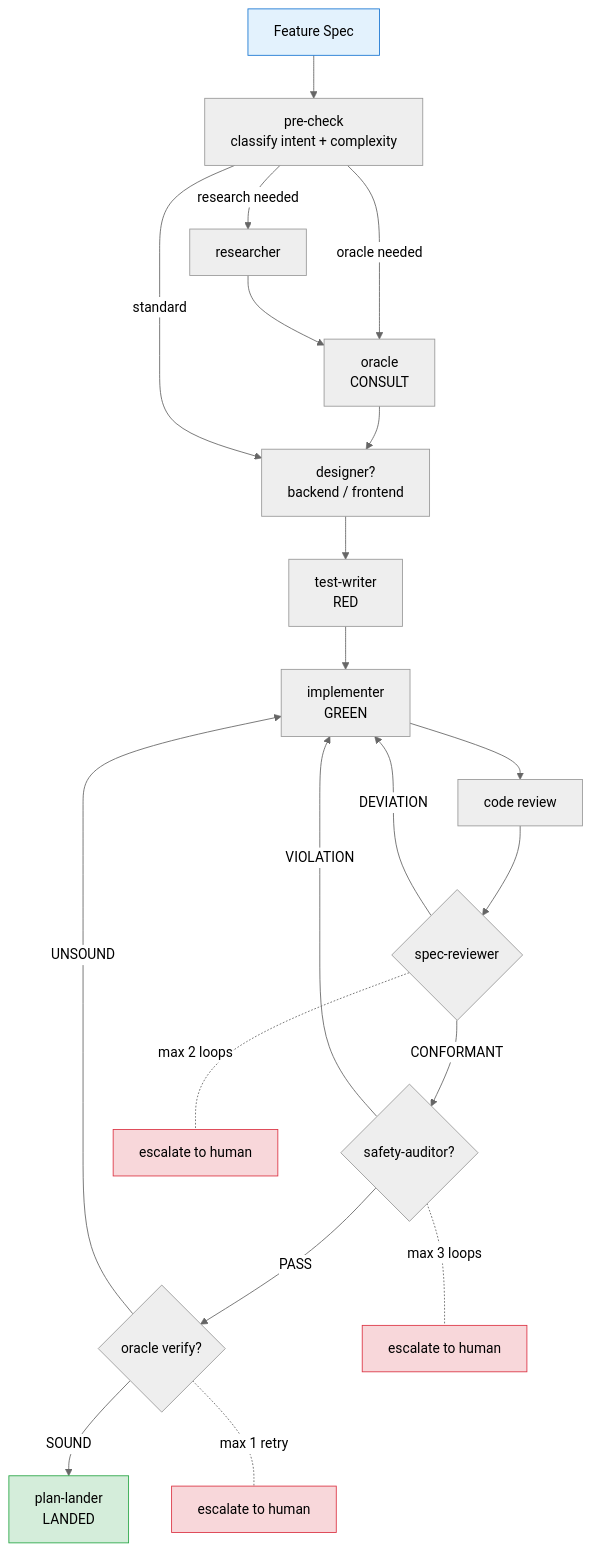
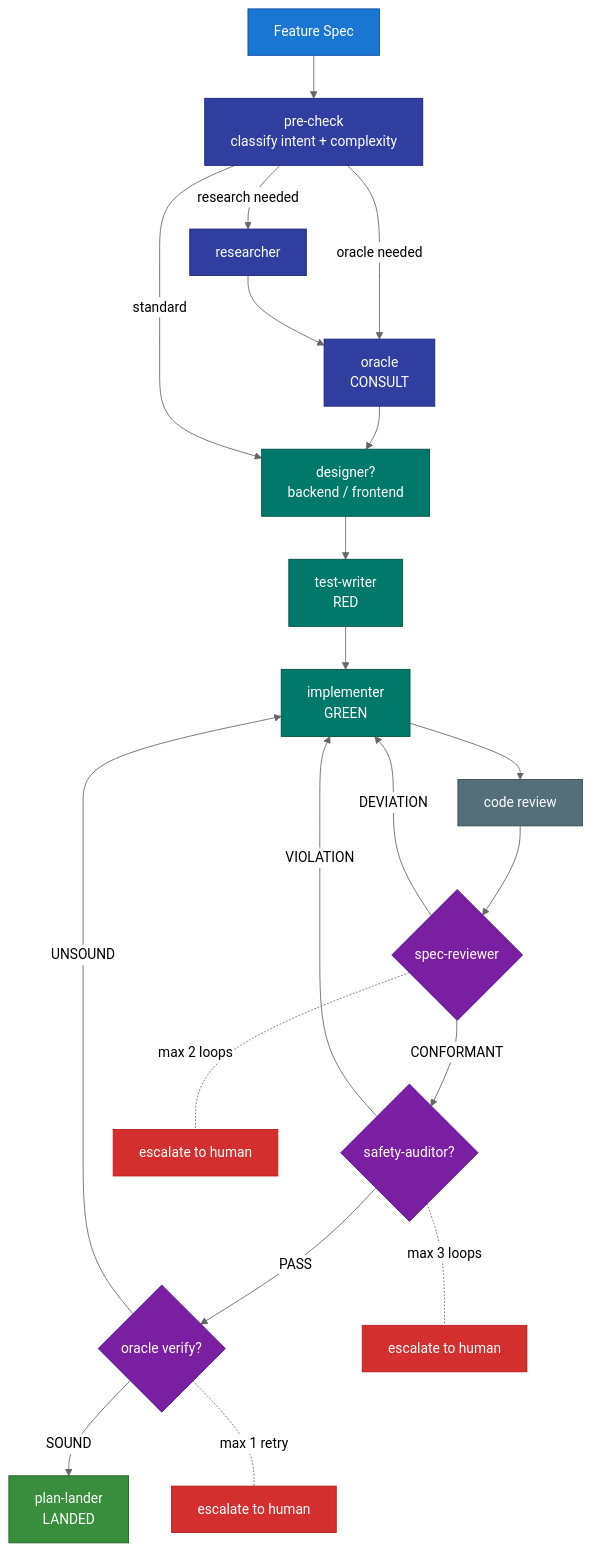
The first of 5 diagrams in docs/HOW-IT-WORKS.md (TejGandham/keel), drawn with Mermaid (neutral theme) before and after one commit. The commit also changed other lines of this file and 2 other files, not shown here.

First line of the commit message:
docs: consistent saturated color palette across all Mermaid diagrams

````diff
--- a/docs/HOW-IT-WORKS.md
+++ b/docs/HOW-IT-WORKS.md
@@ -9,29 +9,39 @@
 ```mermaid
 graph TD
     Spec[Feature Spec] --> PC[pre-check<br/>classify intent + complexity]
     PC -->|research needed| R[researcher]
     PC -->|oracle needed| OC[oracle<br/>CONSULT]
     R --> OC
     OC --> D[designer?<br/>backend / frontend]
     PC -->|standard| D
     D --> TW[test-writer<br/>RED]
     TW --> IMP[implementer<br/>GREEN]
     IMP --> CR[code review]
     CR --> SR{spec-reviewer}
     SR -->|CONFORMANT| SA{safety-auditor?}
     SR -->|DEVIATION| IMP
     SA -->|PASS| OV{oracle verify?}
     SA -->|VIOLATION| IMP
     OV -->|SOUND| PL[plan-lander<br/>LANDED]
     OV -->|UNSOUND| IMP
 
     SR -.-|max 2 loops| ESC1[escalate to human]
     SA -.-|max 3 loops| ESC2[escalate to human]
     OV -.-|max 1 retry| ESC3[escalate to human]
 
-    style Spec fill:#e3f2fd,stroke:#1976d2
-    style PL fill:#d4edda,stroke:#28a745
-    style ESC1 fill:#f8d7da,stroke:#dc3545
-    style ESC2 fill:#f8d7da,stroke:#dc3545
-    style ESC3 fill:#f8d7da,stroke:#dc3545
+    style Spec fill:#1976D2,stroke:#0D47A1,color:#fff
+    style PC fill:#303F9F,stroke:#1A237E,color:#fff
+    style R fill:#303F9F,stroke:#1A237E,color:#fff
+    style OC fill:#303F9F,stroke:#1A237E,color:#fff
+    style D fill:#00796B,stroke:#004D40,color:#fff
+    style TW fill:#00796B,stroke:#004D40,color:#fff
+    style IMP fill:#00796B,stroke:#004D40,color:#fff
+    style CR fill:#546E7A,stroke:#37474F,color:#fff
+    style SR fill:#7B1FA2,stroke:#4A148C,color:#fff
+    style SA fill:#7B1FA2,stroke:#4A148C,color:#fff
+    style OV fill:#7B1FA2,stroke:#4A148C,color:#fff
+    style PL fill:#388E3C,stroke:#1B5E20,color:#fff
+    style ESC1 fill:#D32F2F,stroke:#B71C1C,color:#fff
+    style ESC2 fill:#D32F2F,stroke:#B71C1C,color:#fff
+    style ESC3 fill:#D32F2F,stroke:#B71C1C,color:#fff
 ```
````
